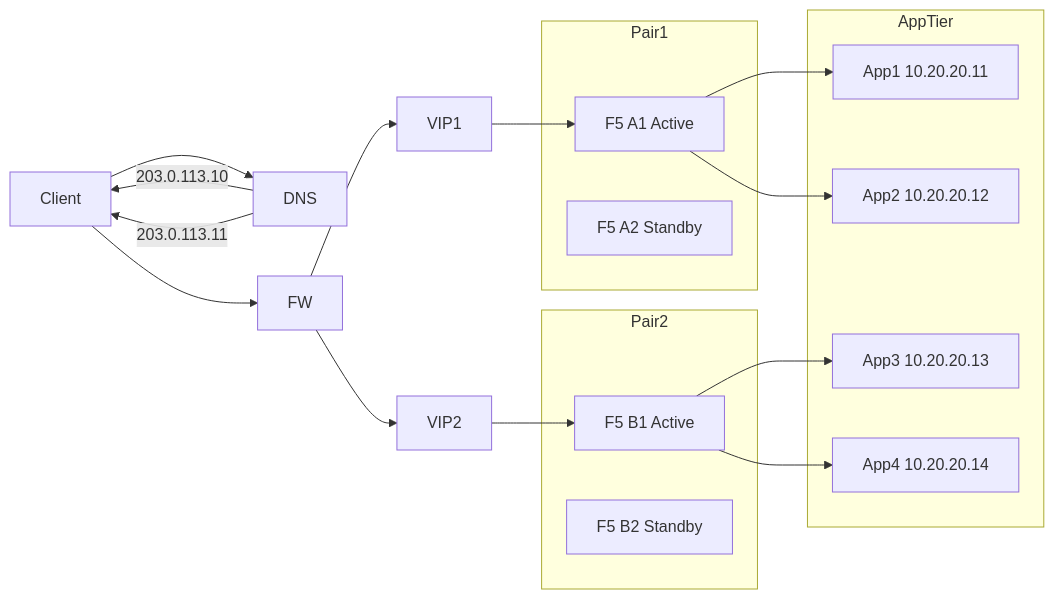
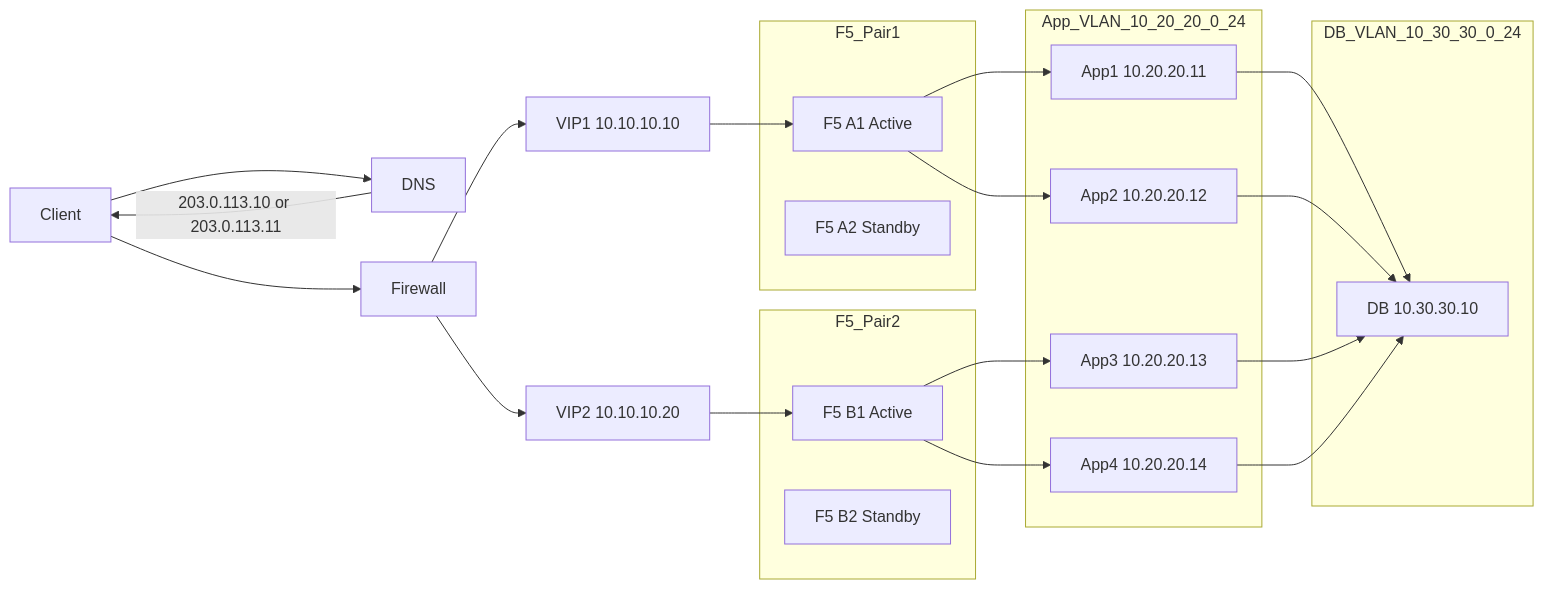
One commit to sakshi754/FirstProject changed the first of 2 diagrams in README.md. Above: the diagram before and after it, drawn with Mermaid. The commit also changed other lines of this file, not shown here.

````diff
--- a/README.md
+++ b/README.md
@@ -1,38 +1,45 @@
 ```mermaid
 flowchart LR
 
-    Client --> DNS
-    DNS -->|203.0.113.10| Client
-    DNS -->|203.0.113.11| Client
+    Client[Client] --> DNS[DNS]
+    DNS -->|203.0.113.10 or 203.0.113.11| Client
 
-    Client --> FW
+    Client --> FW[Firewall]
 
-    FW --> VIP1
-    FW --> VIP2
+    FW --> VIP1[VIP1 10.10.10.10]
+    FW --> VIP2[VIP2 10.10.10.20]
 
-    subgraph Pair1
+    subgraph F5_Pair1
         A1[F5 A1 Active]
         A2[F5 A2 Standby]
     end
 
-    subgraph Pair2
+    subgraph F5_Pair2
         B1[F5 B1 Active]
         B2[F5 B2 Standby]
     end
 
     VIP1 --> A1
     VIP2 --> B1
 
-    subgraph AppTier
+    subgraph App_VLAN_10_20_20_0_24
         APP1[App1 10.20.20.11]
         APP2[App2 10.20.20.12]
         APP3[App3 10.20.20.13]
         APP4[App4 10.20.20.14]
     end
 
+    subgraph DB_VLAN_10_30_30_0_24
+        DB[DB 10.30.30.10]
+    end
+
     A1 --> APP1
     A1 --> APP2
-
     B1 --> APP3
     B1 --> APP4
+
+    APP1 --> DB
+    APP2 --> DB
+    APP3 --> DB
+    APP4 --> DB
 ```
````
